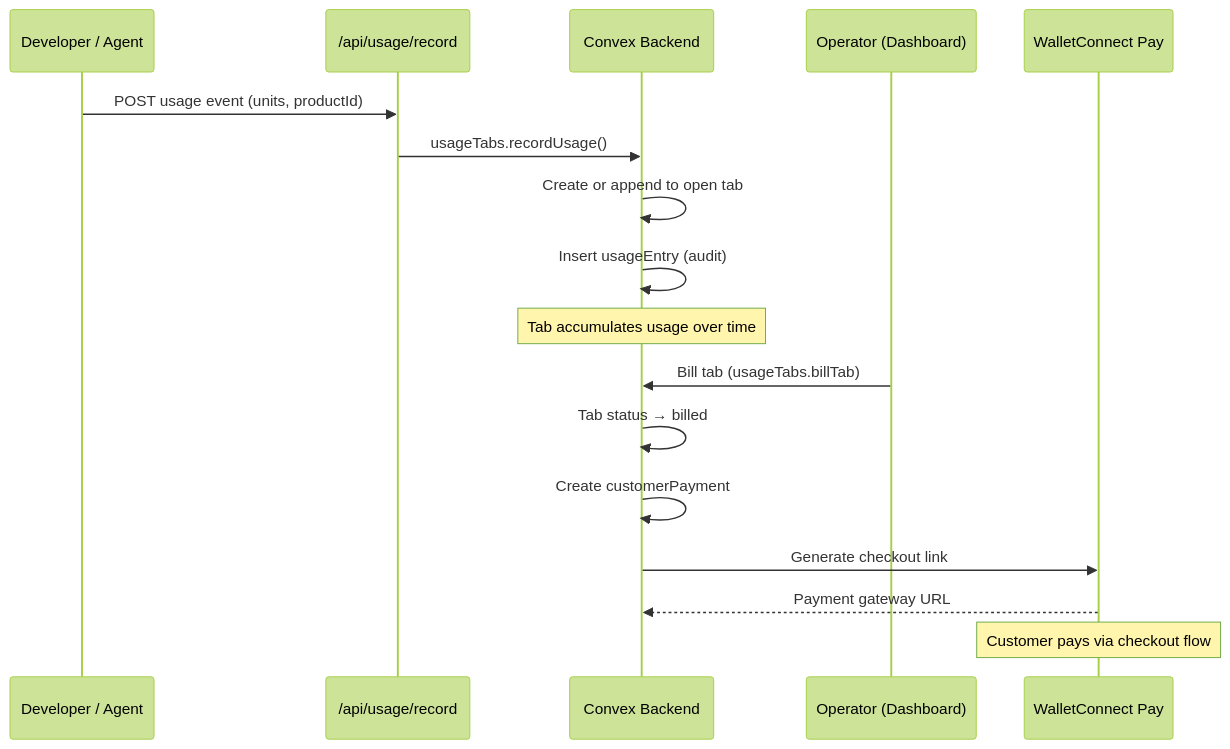
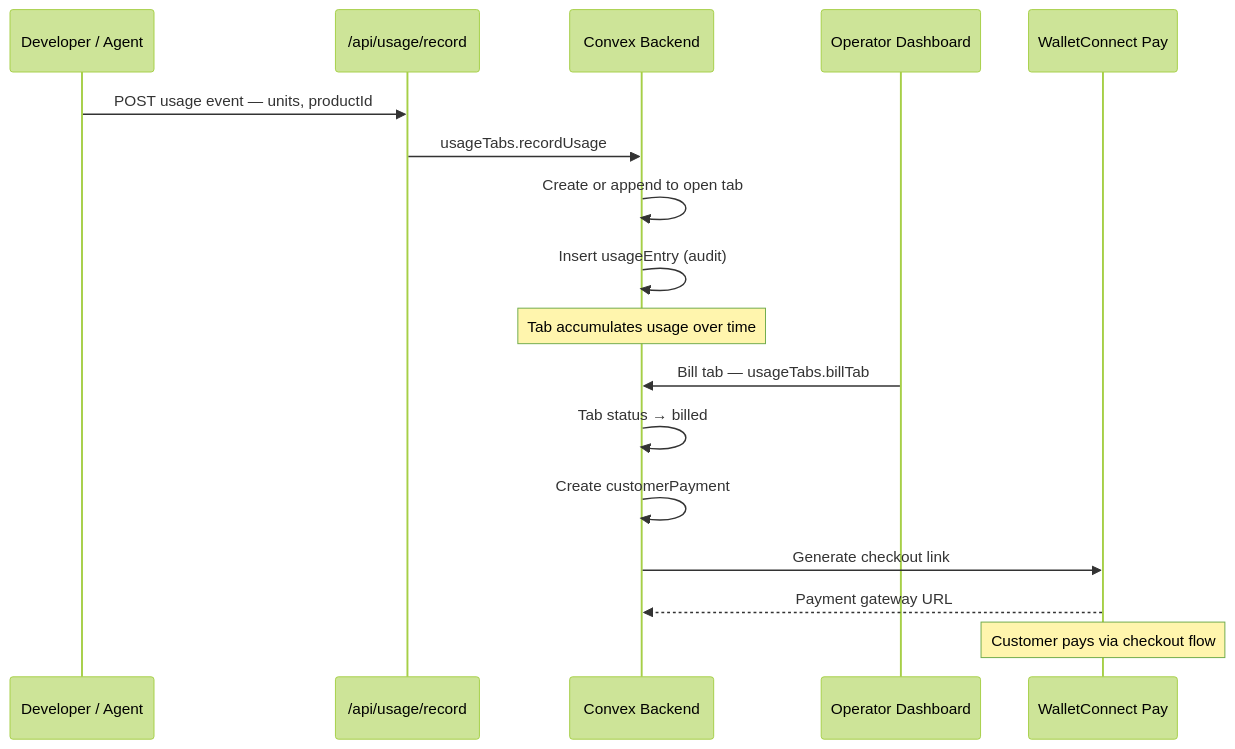
Before and after one commit to Cannes2026EthGlobal/webapp: the fourth of 6 diagrams in ARCHITECTURE.md, drawn with Mermaid (forest theme). The commit also changed other lines of this file, not shown here.

Commit message:
fix: escape Mermaid syntax — remove parentheses from link labels and rename reserved PS alias

````diff
--- a/ARCHITECTURE.md
+++ b/ARCHITECTURE.md
@@ -265,20 +265,20 @@
 ```mermaid
 sequenceDiagram
     participant Dev as Developer / Agent
     participant API as /api/usage/record
     participant CX as Convex Backend
-    participant Op as Operator (Dashboard)
+    participant Op as Operator Dashboard
     participant WC as WalletConnect Pay
 
-    Dev->>API: POST usage event (units, productId)
-    API->>CX: usageTabs.recordUsage()
+    Dev->>API: POST usage event — units, productId
+    API->>CX: usageTabs.recordUsage
     CX->>CX: Create or append to open tab
     CX->>CX: Insert usageEntry (audit)
     Note over CX: Tab accumulates usage over time
-    Op->>CX: Bill tab (usageTabs.billTab)
+    Op->>CX: Bill tab — usageTabs.billTab
     CX->>CX: Tab status → billed
     CX->>CX: Create customerPayment
     CX->>WC: Generate checkout link
     WC-->>CX: Payment gateway URL
     Note over WC: Customer pays via checkout flow
 ```
````
